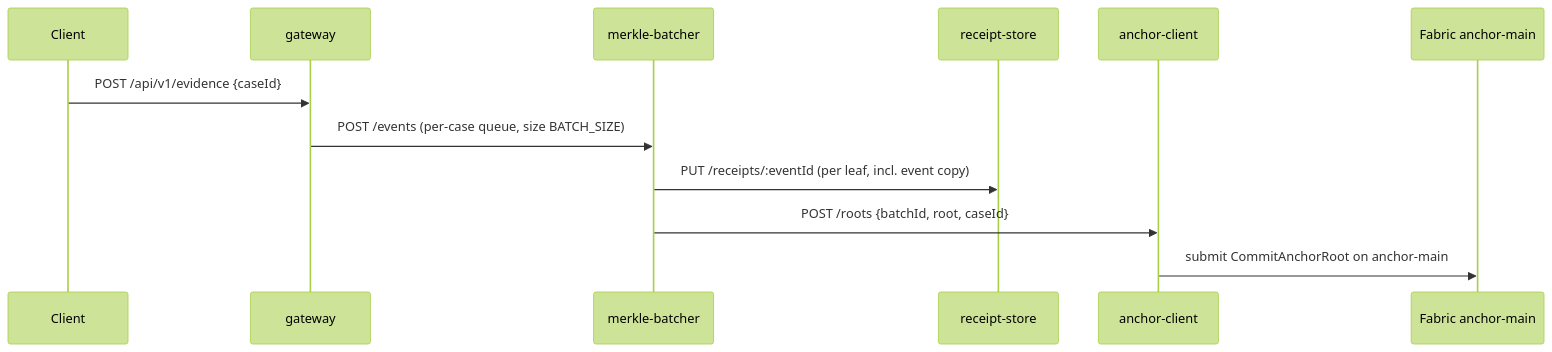
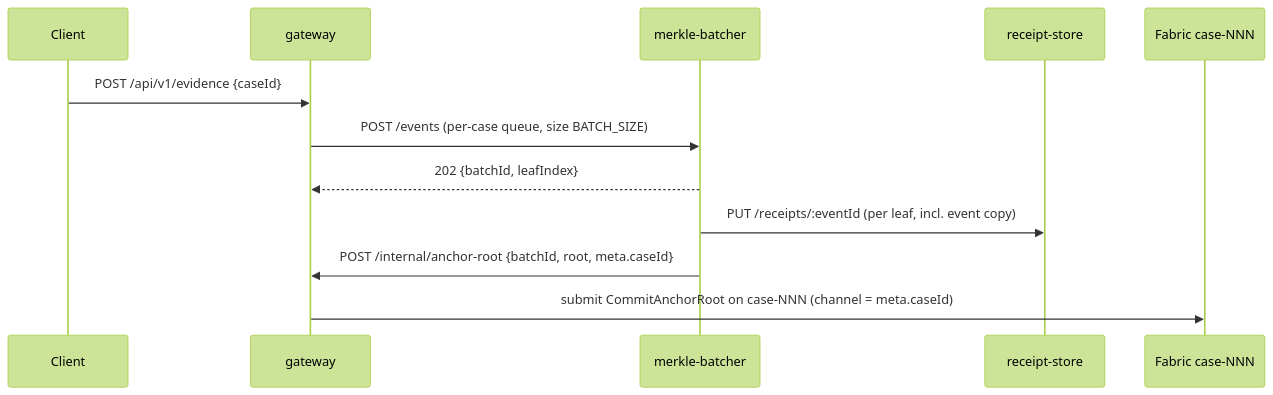
One commit to theflorist18/GLEIPNIR changed the fifth of 8 diagrams in docs/AS-BUILT.md. Above: the diagram before and after it, drawn with Mermaid (forest theme). The commit also changed other lines of this file and 56 other files, not shown here.

````diff
--- a/docs/AS-BUILT.md
+++ b/docs/AS-BUILT.md
@@ -239,14 +257,14 @@
 ```mermaid
 sequenceDiagram
     participant C as Client
     participant G as gateway
     participant B as merkle-batcher
     participant R as receipt-store
-    participant A as anchor-client
-    participant F as Fabric anchor-main
+    participant F as Fabric case-NNN
     C->>G: POST /api/v1/evidence {caseId}
     G->>B: POST /events (per-case queue, size BATCH_SIZE)
+    B-->>G: 202 {batchId, leafIndex}
     B->>R: PUT /receipts/:eventId (per leaf, incl. event copy)
-    B->>A: POST /roots {batchId, root, caseId}
-    A->>F: submit CommitAnchorRoot on anchor-main
+    B->>G: POST /internal/anchor-root {batchId, root, meta.caseId}
+    G->>F: submit CommitAnchorRoot on case-NNN (channel = meta.caseId)
 ```
````
